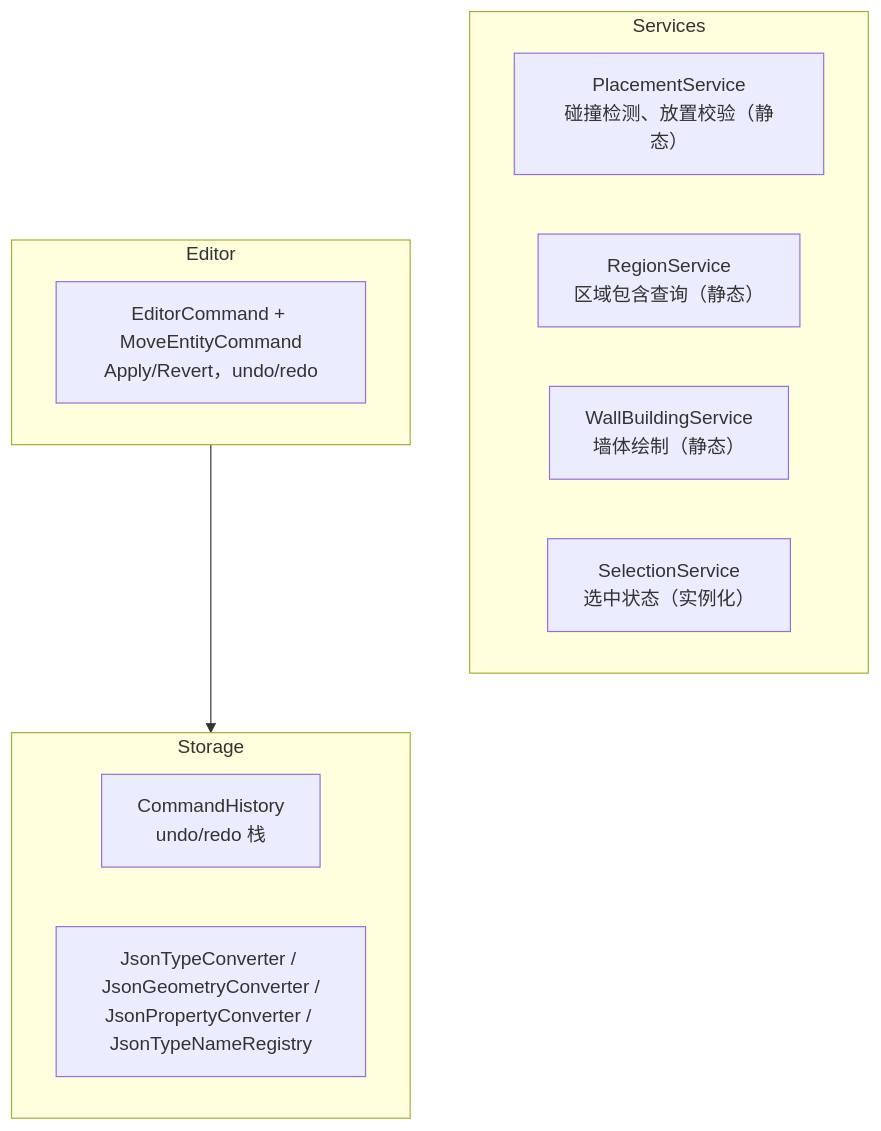
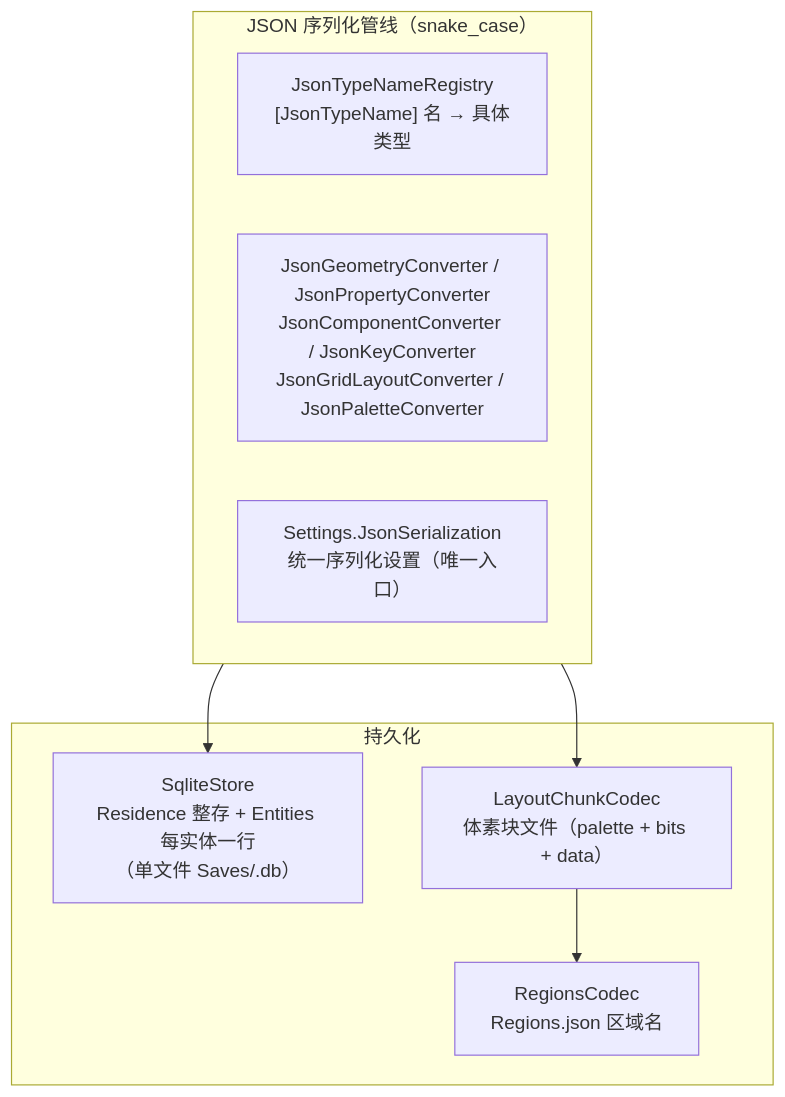
The fourth of 4 diagrams in Documentation/DESIGN_HOME.md (momoka-ai/momoka), drawn with Mermaid before and after one commit. The commit also changed other lines of this file and 12 other files, not shown here.

````diff
--- a/Documentation/DESIGN_HOME.md
+++ b/Documentation/DESIGN_HOME.md
@@ -194,20 +226,18 @@
 ```mermaid
 flowchart TB
-    subgraph Services["Services"]
-        Placement["PlacementService<br/>碰撞检测、放置校验（静态）"]
-        RegionSvc["RegionService<br/>区域包含查询（静态）"]
-        WallBuild["WallBuildingService<br/>墙体绘制（静态）"]
-        Selection["SelectionService<br/>选中状态（实例化）"]
+    subgraph Json["JSON 序列化管线（snake_case）"]
+        Reg["JsonTypeNameRegistry<br/>[JsonTypeName] 名 → 具体类型"]
+        G["JsonGeometryConverter / JsonPropertyConverter<br/>JsonComponentConverter / JsonKeyConverter<br/>JsonGridLayoutConverter / JsonPaletteConverter"]
+        S["Settings.JsonSerialization<br/>统一序列化设置（唯一入口）"]
     end
 
-    subgraph Editor["Editor"]
-        Cmd["EditorCommand + MoveEntityCommand<br/>Apply/Revert，undo/redo"]
+    subgraph Persist["持久化"]
+        Sql["SqliteStore<br/>Residence 整存 + Entities 每实体一行<br/>（单文件 Saves/<Name>.db）"]
+        Codec["LayoutChunkCodec<br/>体素块文件（palette + bits + data）"]
+        RC["RegionsCodec<br/>Regions.json 区域名"]
     end
 
-    subgraph Storage["Storage"]
-        History["CommandHistory<br/>undo/redo 栈"]
-        Json["JsonTypeConverter / JsonGeometryConverter /<br/>JsonPropertyConverter / JsonTypeNameRegistry"]
-    end
-
-    Editor --> Storage
+    Json --> Sql
+    Json --> Codec
+    Codec --> RC
 ```
````
